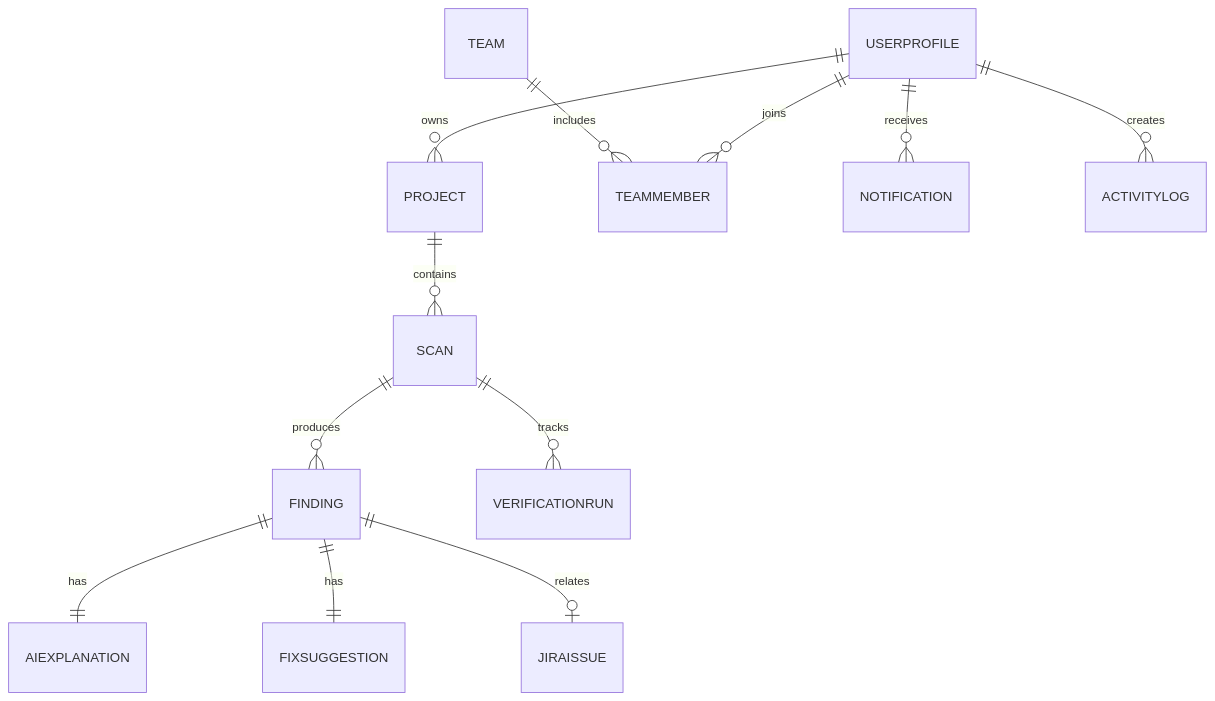
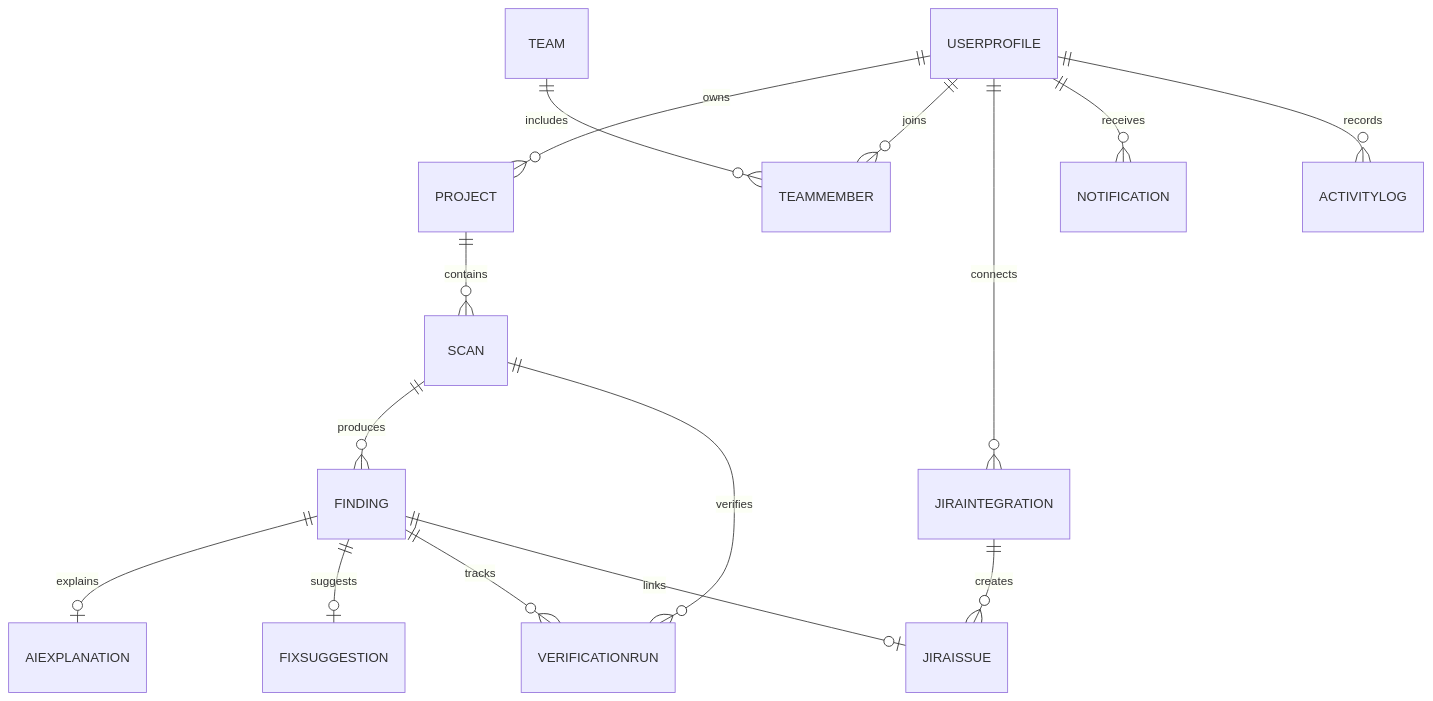
One commit to rajbharshivani66-create/Accesslens-AI changed the third of 6 diagrams in docs/mindmap.md. Above: the diagram before and after it, drawn with Mermaid. The commit also changed other lines of this file and 61 other files, not shown here.

````diff
--- a/docs/mindmap.md
+++ b/docs/mindmap.md
@@ -58,14 +171,17 @@
 ```mermaid
 erDiagram
   USERPROFILE ||--o{ PROJECT : owns
   TEAM ||--o{ TEAMMEMBER : includes
   USERPROFILE ||--o{ TEAMMEMBER : joins
   PROJECT ||--o{ SCAN : contains
   SCAN ||--o{ FINDING : produces
-  FINDING ||--|| AIEXPLANATION : has
-  FINDING ||--|| FIXSUGGESTION : has
-  FINDING ||--o| JIRAISSUE : relates
+  FINDING ||--o| AIEXPLANATION : explains
+  FINDING ||--o| FIXSUGGESTION : suggests
+  SCAN ||--o{ VERIFICATIONRUN : verifies
+  FINDING ||--o{ VERIFICATIONRUN : tracks
+  USERPROFILE ||--o{ JIRAINTEGRATION : connects
+  JIRAINTEGRATION ||--o{ JIRAISSUE : creates
+  FINDING ||--o| JIRAISSUE : links
   USERPROFILE ||--o{ NOTIFICATION : receives
-  USERPROFILE ||--o{ ACTIVITYLOG : creates
-  SCAN ||--o{ VERIFICATIONRUN : tracks
+  USERPROFILE ||--o{ ACTIVITYLOG : records
 ```
````
